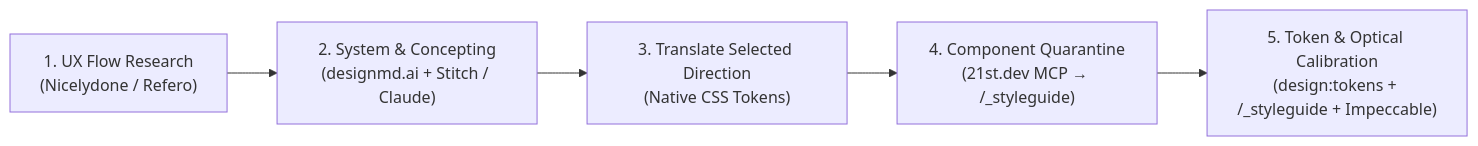
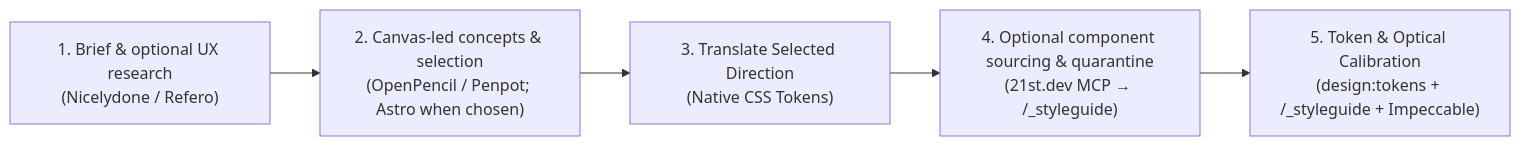
Before and after one commit to Vermeulen-Solutions/baseline: the diagram in docs/design-interchange.md, drawn with Mermaid. The commit also changed other lines of this file and 19 other files, not shown here.

Commit message:
Recommend focused canvas-led design iteration

````diff
--- a/docs/design-interchange.md
+++ b/docs/design-interchange.md
@@ -19,7 +19,7 @@
 ```mermaid
 flowchart LR
-    S1["1. UX Flow Research<br/>(Nicelydone / Refero)"] --> S2["2. System & Concepting<br/>(designmd.ai + Stitch / Claude)"]
+    S1["1. Brief & optional UX research<br/>(Nicelydone / Refero)"] --> S2["2. Canvas-led concepts & selection<br/>(OpenPencil / Penpot; Astro when chosen)"]
     S2 --> S3["3. Translate Selected Direction<br/>(Native CSS Tokens)"]
-    S3 --> S4["4. Component Quarantine<br/>(21st.dev MCP → /_styleguide)"]
+    S3 --> S4["4. Optional component sourcing & quarantine<br/>(21st.dev MCP → /_styleguide)"]
     S4 --> S5["5. Token & Optical Calibration<br/>(design:tokens + /_styleguide + Impeccable)"]
 ```
````
